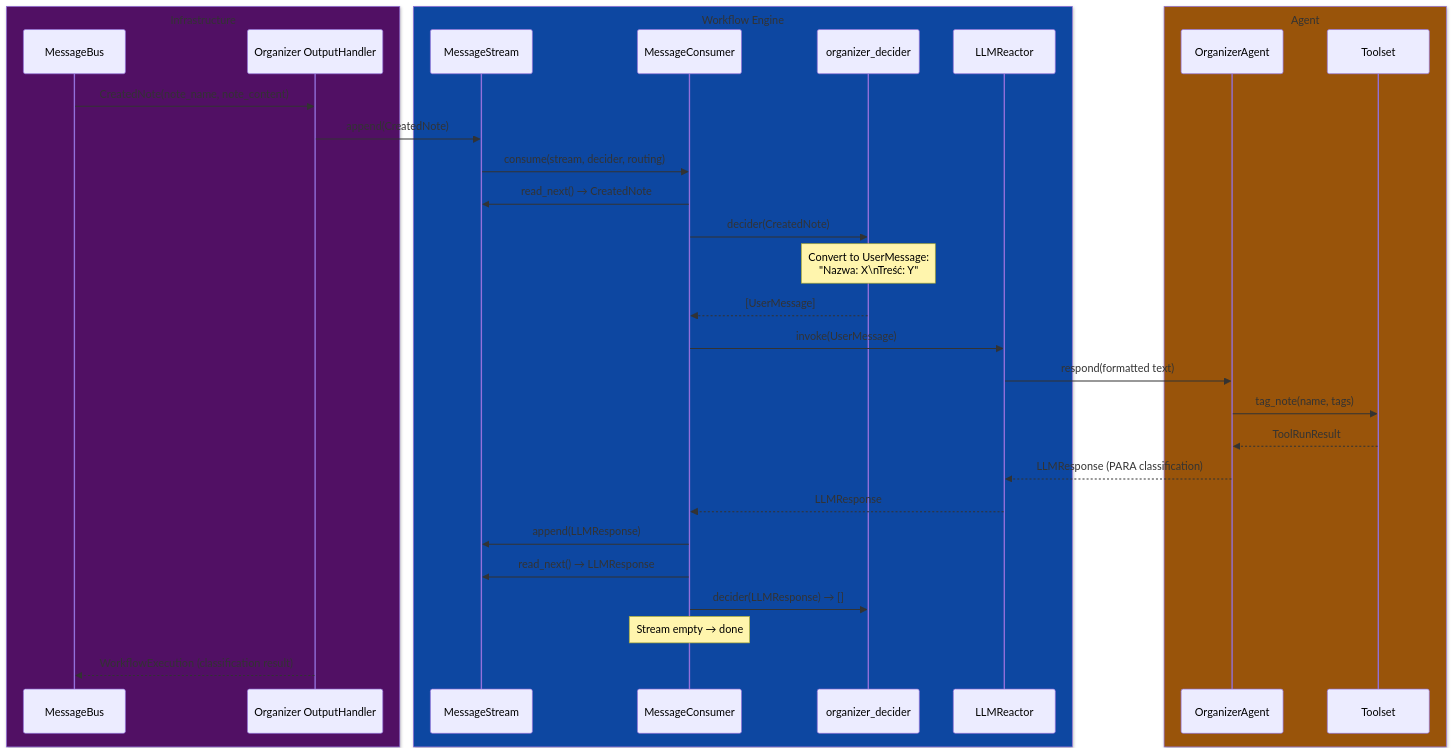
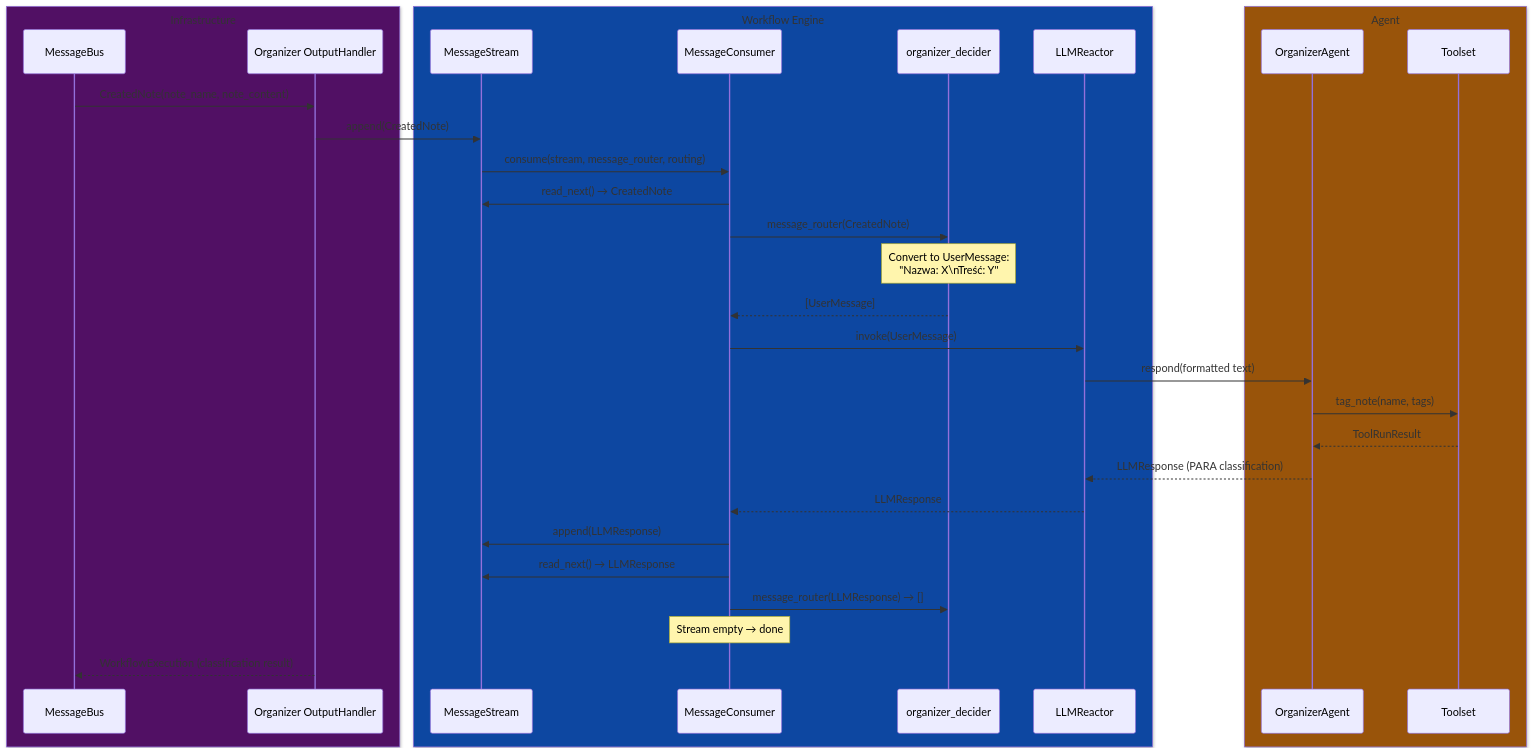
The eighth of 17 diagrams in packages/workshops/diagrams.md (aispiritlab/aispiritlab-agentic), drawn with Mermaid before and after one commit. The commit also changed other lines of this file and 46 other files, not shown here.

````diff
--- a/packages/workshops/diagrams.md
+++ b/packages/workshops/diagrams.md
@@ -387,42 +387,42 @@
 ```mermaid
 sequenceDiagram
   box rgb(81, 16, 100) Infrastructure
     participant Bus as MessageBus
     participant OH as Organizer OutputHandler
   end
 
   box rgb(13, 71, 161) Workflow Engine
     participant Stream as MessageStream
     participant Consumer as MessageConsumer
-    participant Decider as organizer_decider
+    participant MessageRouter as organizer_decider
     participant Reactor as LLMReactor
   end
 
   box rgb(153, 84, 10) Agent
     participant Agent as OrganizerAgent
     participant Tools as Toolset
   end
 
   Bus->>OH: CreatedNote(note_name, note_content)
   OH->>Stream: append(CreatedNote)
 
-  Stream->>Consumer: consume(stream, decider, routing)
+  Stream->>Consumer: consume(stream, message_router, routing)
   Consumer->>Stream: read_next() → CreatedNote
-  Consumer->>Decider: decider(CreatedNote)
-  Note over Decider: Convert to UserMessage:<br/>"Nazwa: X\nTreść: Y"
-  Decider-->>Consumer: [UserMessage]
+  Consumer->>MessageRouter: message_router(CreatedNote)
+  Note over MessageRouter: Convert to UserMessage:<br/>"Nazwa: X\nTreść: Y"
+  MessageRouter-->>Consumer: [UserMessage]
 
   Consumer->>Reactor: invoke(UserMessage)
   Reactor->>Agent: respond(formatted text)
   Agent->>Tools: tag_note(name, tags)
   Tools-->>Agent: ToolRunResult
   Agent-->>Reactor: LLMResponse (PARA classification)
   Reactor-->>Consumer: LLMResponse
   Consumer->>Stream: append(LLMResponse)
 
   Consumer->>Stream: read_next() → LLMResponse
-  Consumer->>Decider: decider(LLMResponse) → []
+  Consumer->>MessageRouter: message_router(LLMResponse) → []
   Note over Consumer: Stream empty → done
 
   OH-->>Bus: WorkflowExecution (classification result)
 ```
````
